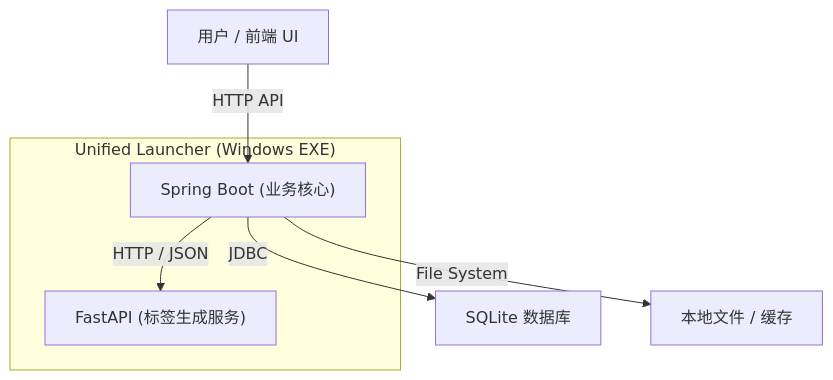
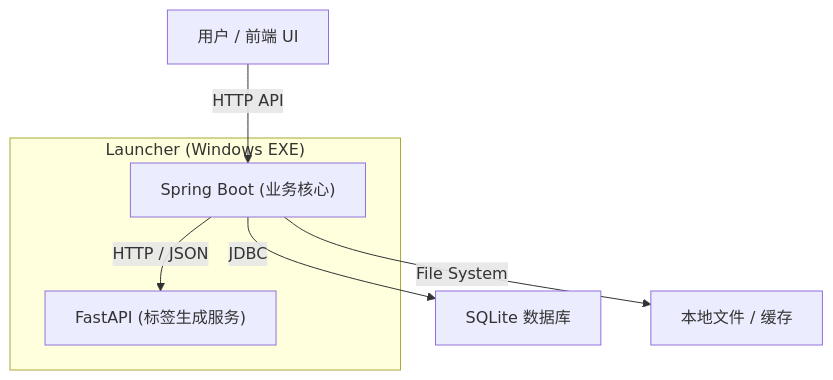
Before and after one commit to tamakara/ImageDrawer: the diagram in README.md, drawn with Mermaid. The commit also changed other lines of this file, not shown here.

Commit message:
优化README

````diff
--- a/README.md
+++ b/README.md
@@ -29,12 +27,12 @@
 ```mermaid
 graph TD
-    User["用户 / 前端 UI"] -->|HTTP API| Web["Spring Boot (业务核心)"]
-    Web -->|HTTP / JSON| Tagger["FastAPI (标签生成服务)"]
-    Web -->|JDBC| DB["SQLite 数据库"]
-    Web -->|File System| FS["本地文件 / 缓存"]
+    User["用户 / 前端 UI"] -->|HTTP API| SB["Spring Boot (业务核心)"]
+    SB -->|HTTP / JSON| FA["FastAPI (标签生成服务)"]
+    SB -->|JDBC| DB["SQLite 数据库"]
+    SB -->|File System| FS["本地文件 / 缓存"]
 
-    subgraph Launcher["Unified Launcher (Windows EXE)"]
-        Web
-        Tagger
+    subgraph Launcher["Launcher (Windows EXE)"]
+        SB
+        FA
     end
 ```
````
